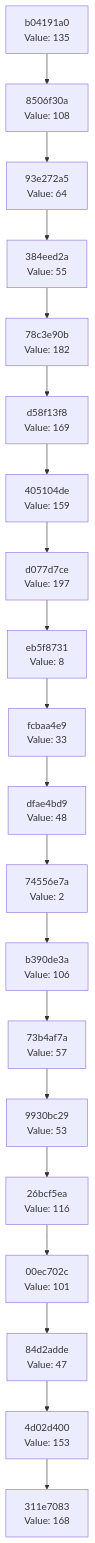
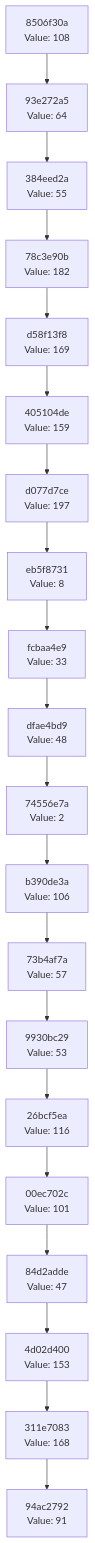
One commit to Abhisheksinha1506/hash-chain-evolver changed the diagram in docs/CHAIN_VISUALIZATION.md. Above: the diagram before and after it, drawn with Mermaid. The commit also changed 3 other files, not shown here.

````diff
--- a/docs/CHAIN_VISUALIZATION.md
+++ b/docs/CHAIN_VISUALIZATION.md
@@ -3,42 +3,42 @@
 ```mermaid
 graph TD
-    C0["311e7083<br/>Value: 168"]
-    C1["4d02d400<br/>Value: 153"]
+    C0["94ac2792<br/>Value: 91"]
+    C1["311e7083<br/>Value: 168"]
     C1 --> C0
-    C2["84d2adde<br/>Value: 47"]
+    C2["4d02d400<br/>Value: 153"]
     C2 --> C1
-    C3["00ec702c<br/>Value: 101"]
+    C3["84d2adde<br/>Value: 47"]
     C3 --> C2
-    C4["26bcf5ea<br/>Value: 116"]
+    C4["00ec702c<br/>Value: 101"]
     C4 --> C3
-    C5["9930bc29<br/>Value: 53"]
+    C5["26bcf5ea<br/>Value: 116"]
     C5 --> C4
-    C6["73b4af7a<br/>Value: 57"]
+    C6["9930bc29<br/>Value: 53"]
     C6 --> C5
-    C7["b390de3a<br/>Value: 106"]
+    C7["73b4af7a<br/>Value: 57"]
     C7 --> C6
-    C8["74556e7a<br/>Value: 2"]
+    C8["b390de3a<br/>Value: 106"]
     C8 --> C7
-    C9["dfae4bd9<br/>Value: 48"]
+    C9["74556e7a<br/>Value: 2"]
     C9 --> C8
-    C10["fcbaa4e9<br/>Value: 33"]
+    C10["dfae4bd9<br/>Value: 48"]
     C10 --> C9
-    C11["eb5f8731<br/>Value: 8"]
+    C11["fcbaa4e9<br/>Value: 33"]
     C11 --> C10
-    C12["d077d7ce<br/>Value: 197"]
+    C12["eb5f8731<br/>Value: 8"]
     C12 --> C11
-    C13["405104de<br/>Value: 159"]
+    C13["d077d7ce<br/>Value: 197"]
     C13 --> C12
-    C14["d58f13f8<br/>Value: 169"]
+    C14["405104de<br/>Value: 159"]
     C14 --> C13
-    C15["78c3e90b<br/>Value: 182"]
+    C15["d58f13f8<br/>Value: 169"]
     C15 --> C14
-    C16["384eed2a<br/>Value: 55"]
+    C16["78c3e90b<br/>Value: 182"]
     C16 --> C15
-    C17["93e272a5<br/>Value: 64"]
+    C17["384eed2a<br/>Value: 55"]
     C17 --> C16
-    C18["8506f30a<br/>Value: 108"]
+    C18["93e272a5<br/>Value: 64"]
     C18 --> C17
-    C19["b04191a0<br/>Value: 135"]
+    C19["8506f30a<br/>Value: 108"]
     C19 --> C18
 ```
````
